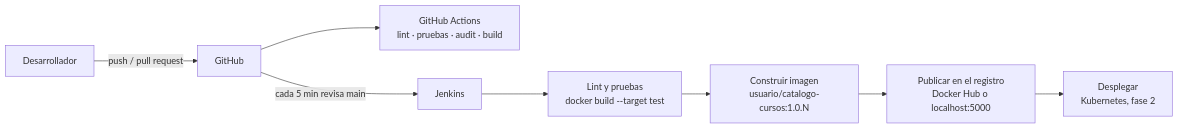
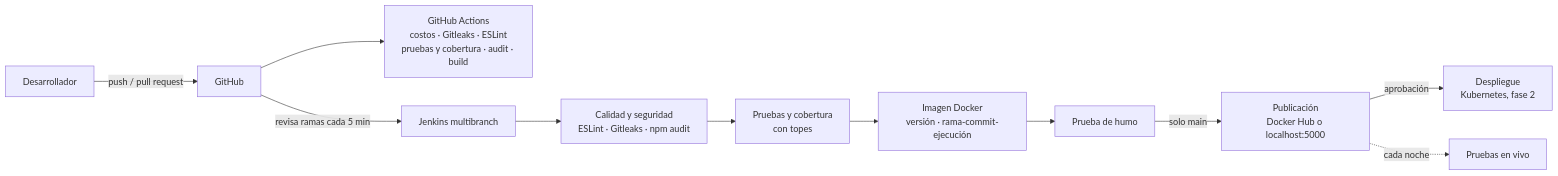
The diagram in README.md (Wilee21/lab-cicd), drawn with Mermaid before and after one commit. The commit also changed other lines of this file and 38 other files, not shown here.

````diff
--- a/README.md
+++ b/README.md
@@ -11,10 +22,13 @@
 ```mermaid
 flowchart LR
   dev[Desarrollador] -->|push / pull request| gh[GitHub]
-  gh --> ci[GitHub Actions<br/>lint · pruebas · audit · build]
-  gh -->|cada 5 min revisa main| jk[Jenkins]
-  jk --> t[Lint y pruebas<br/>docker build --target test]
-  t --> b[Construir imagen<br/>usuario/catalogo-cursos:1.0.N]
-  b --> p[Publicar en el registro<br/>Docker Hub o localhost:5000]
-  p --> d[Desplegar<br/>Kubernetes, fase 2]
+  gh --> ci[GitHub Actions<br/>costos · Gitleaks · ESLint<br/>pruebas y cobertura · audit · build]
+  gh -->|revisa ramas cada 5 min| jk[Jenkins multibranch]
+  jk --> q[Calidad y seguridad<br/>ESLint · Gitleaks · npm audit]
+  q --> t[Pruebas y cobertura<br/>con topes]
+  t --> b[Imagen Docker<br/>versión · rama-commit-ejecución]
+  b --> h[Prueba de humo]
+  h -->|solo main| p[Publicación<br/>Docker Hub o localhost:5000]
+  p -->|aprobación| d[Despliegue<br/>Kubernetes, fase 2]
+  p -.->|cada noche| v[Pruebas en vivo]
 ```
````
